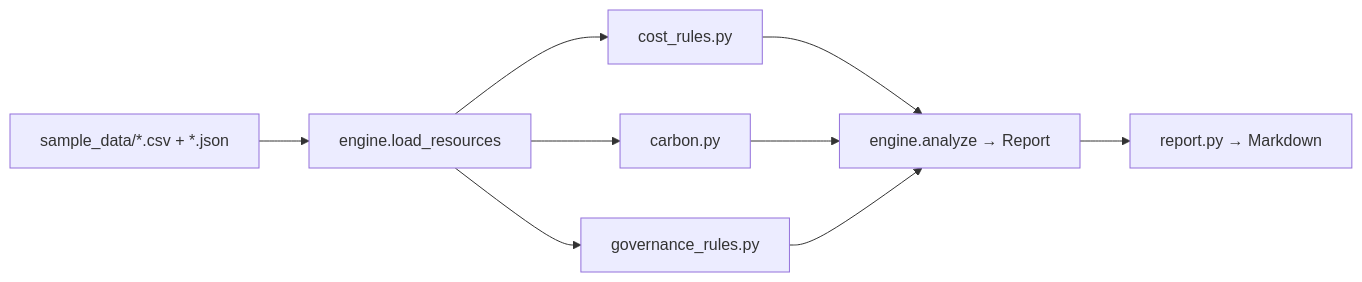
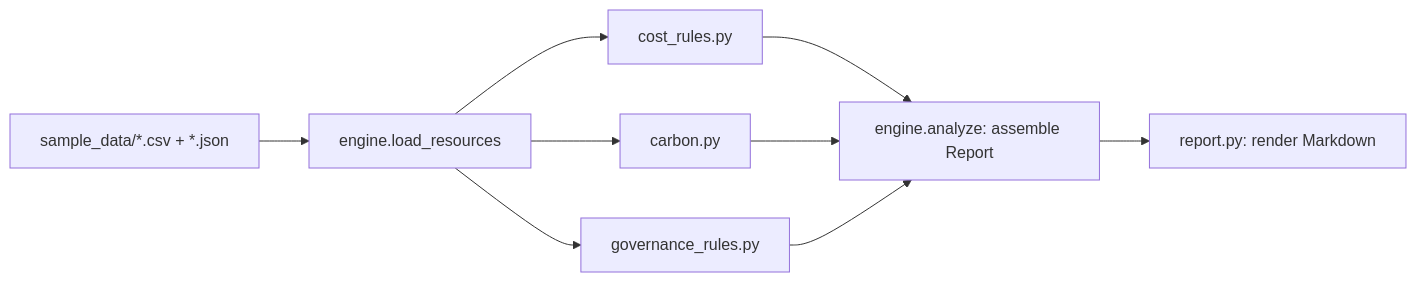
One commit to flango2023/GreenPilot-AI changed the diagram in README.md. Above: the diagram before and after it, drawn with Mermaid. The commit also changed other lines of this file and 22 other files, not shown here.

````diff
--- a/README.md
+++ b/README.md
@@ -46,11 +58,11 @@
 ```mermaid
 flowchart LR
     A[sample_data/*.csv + *.json] --> B[engine.load_resources]
     B --> C[cost_rules.py]
     B --> D[carbon.py]
     B --> E[governance_rules.py]
-    C --> F[engine.analyze → Report]
+    C --> F[engine.analyze: assemble Report]
     D --> F
     E --> F
-    F --> G[report.py → Markdown]
+    F --> G[report.py: render Markdown]
 ```
````
